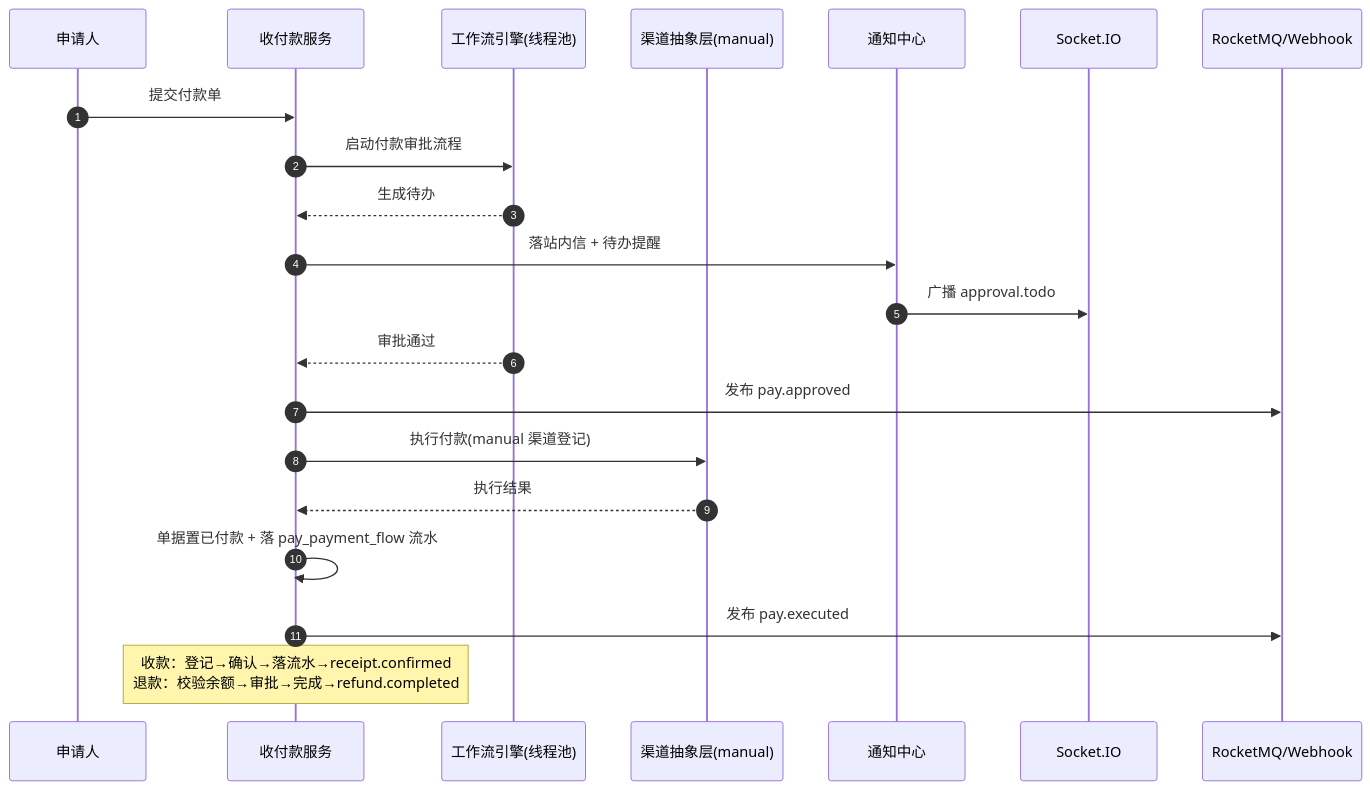
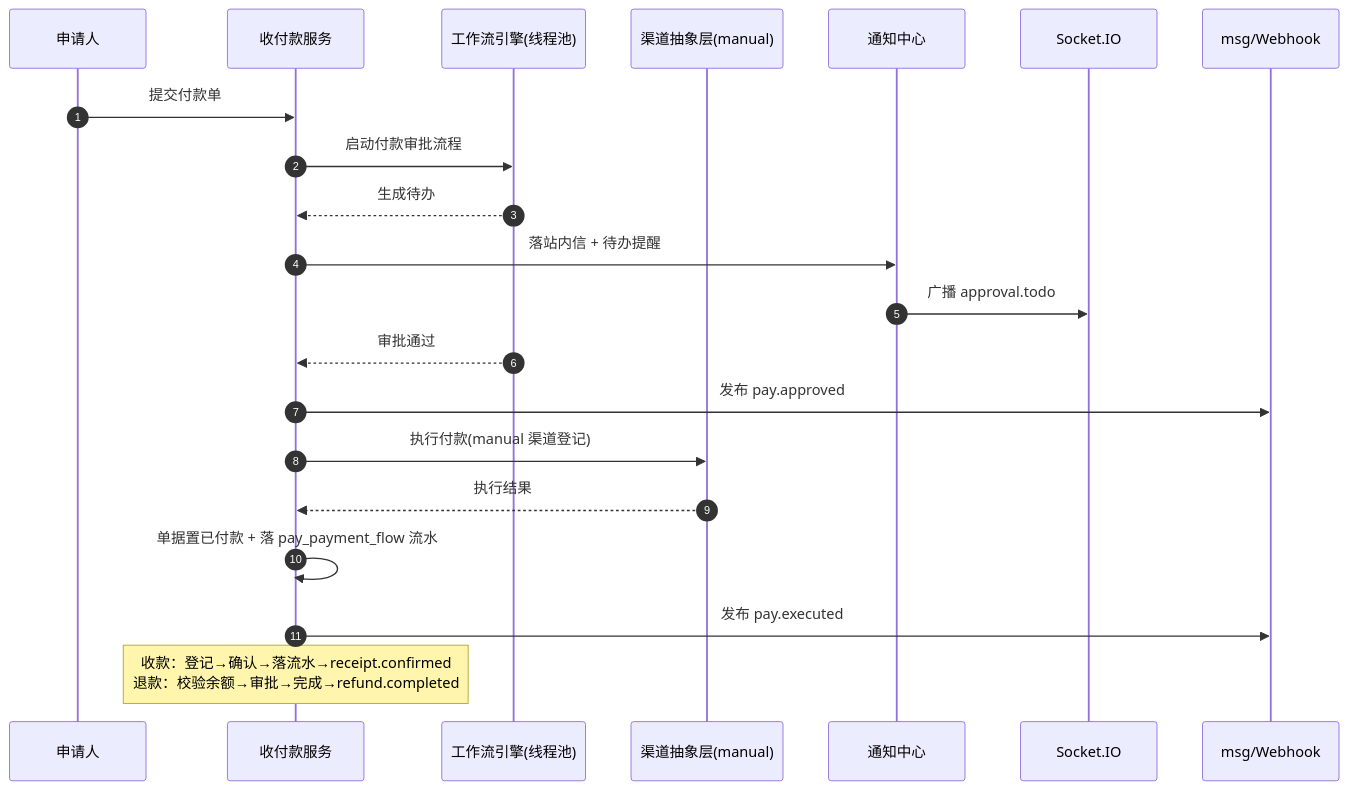
One commit to minjian123/business-operation-management changed the diagram in biz文档/设计/概要设计/03_概要设计_收付款管理.md. Above: the diagram before and after it, drawn with Mermaid. The commit also changed 2 other files, not shown here.

Commit message:
docs(biz): 事件总线口径改为自研 msg

````diff
--- a/biz文档/设计/概要设计/03_概要设计_收付款管理.md
+++ b/biz文档/设计/概要设计/03_概要设计_收付款管理.md
@@ -49,24 +49,24 @@
 ```mermaid
 sequenceDiagram
     autonumber
     participant 申请人
     participant 收付款服务
     participant 工作流引擎 as 工作流引擎(线程池)
     participant 渠道抽象 as 渠道抽象层(manual)
     participant 通知中心
     participant SocketIO as Socket.IO
-    participant MQ as RocketMQ/Webhook
+    participant MQ as msg/Webhook
 
     申请人->>收付款服务: 提交付款单
     收付款服务->>工作流引擎: 启动付款审批流程
     工作流引擎-->>收付款服务: 生成待办
     收付款服务->>通知中心: 落站内信 + 待办提醒
     通知中心->>SocketIO: 广播 approval.todo
     工作流引擎-->>收付款服务: 审批通过
     收付款服务->>MQ: 发布 pay.approved
     收付款服务->>渠道抽象: 执行付款(manual 渠道登记)
     渠道抽象-->>收付款服务: 执行结果
     收付款服务->>收付款服务: 单据置已付款 + 落 pay_payment_flow 流水
     收付款服务->>MQ: 发布 pay.executed
     Note over 收付款服务: 收款：登记→确认→落流水→receipt.confirmed<br/>退款：校验余额→审批→完成→refund.completed
 ```
````
